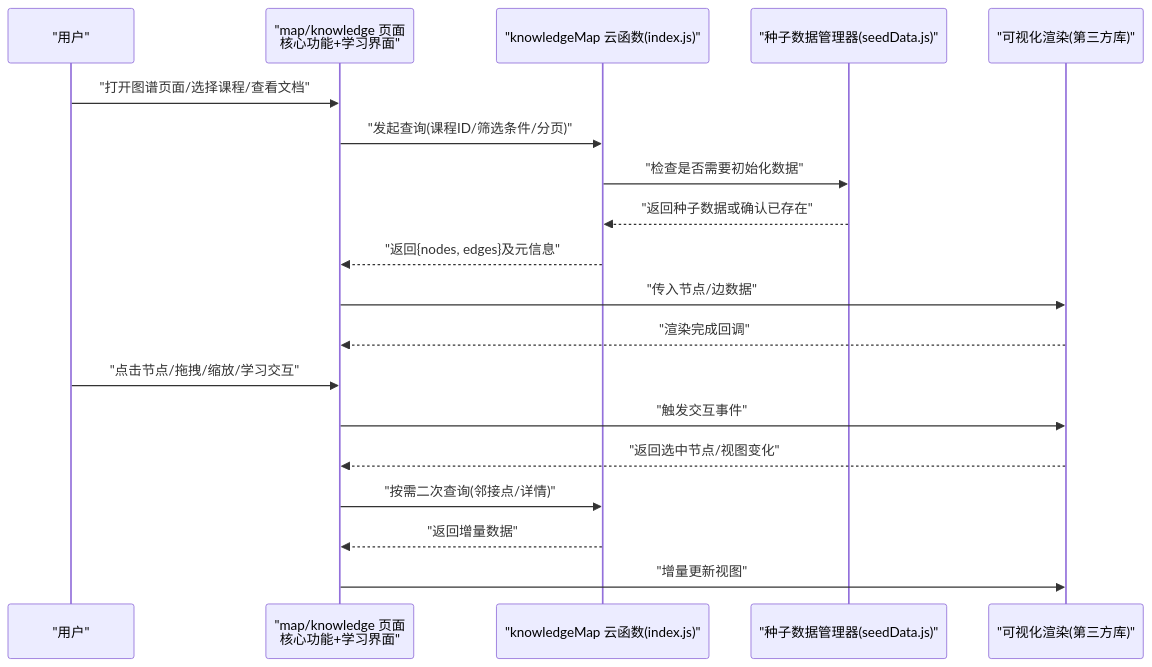
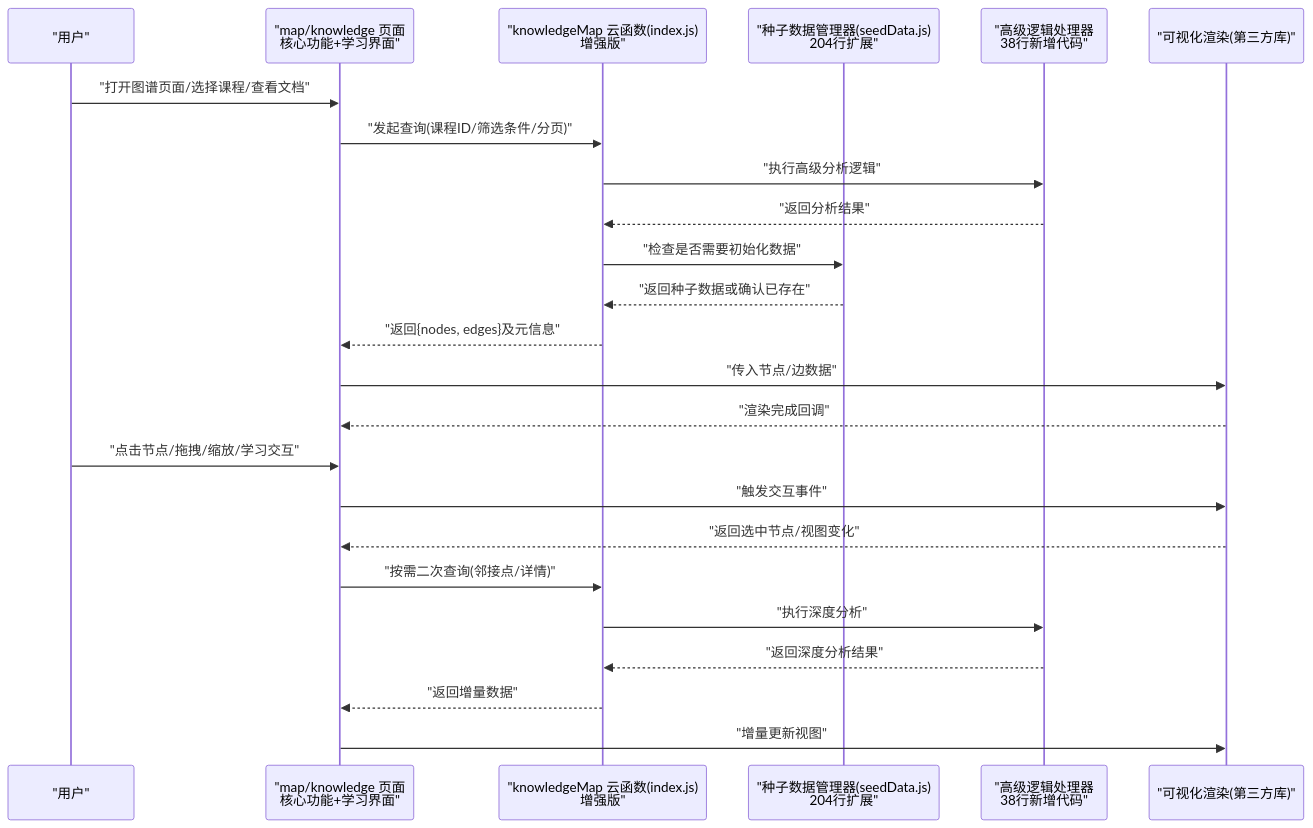
One commit to cwb7756/bio changed the second of 5 diagrams in .qoder/repowiki/zh/content/核心功能模块/知识图谱系统/知识图谱系统.md. Above: the diagram before and after it, drawn with Mermaid. The commit also changed other lines of this file and 19 other files, not shown here.

````diff
--- a/.qoder/repowiki/zh/content/核心功能模块/知识图谱系统/知识图谱系统.md
+++ b/.qoder/repowiki/zh/content/核心功能模块/知识图谱系统/知识图谱系统.md
@@ -119,21 +111,26 @@
 ```mermaid
 sequenceDiagram
 participant U as "用户"
 participant P as "map/knowledge 页面<br/>核心功能+学习界面"
-participant CF as "knowledgeMap 云函数(index.js)"
-participant SD as "种子数据管理器(seedData.js)"
+participant CF as "knowledgeMap 云函数(index.js)<br/>增强版"
+participant SD as "种子数据管理器(seedData.js)<br/>204行扩展"
+participant AL as "高级逻辑处理器<br/>38行新增代码"
 participant V as "可视化渲染(第三方库)"
 U->>P : "打开图谱页面/选择课程/查看文档"
 P->>CF : "发起查询(课程ID/筛选条件/分页)"
+CF->>AL : "执行高级分析逻辑"
+AL-->>CF : "返回分析结果"
 CF->>SD : "检查是否需要初始化数据"
 SD-->>CF : "返回种子数据或确认已存在"
 CF-->>P : "返回{nodes, edges}及元信息"
 P->>V : "传入节点/边数据"
 V-->>P : "渲染完成回调"
 U->>P : "点击节点/拖拽/缩放/学习交互"
 P->>V : "触发交互事件"
 V-->>P : "返回选中节点/视图变化"
 P->>CF : "按需二次查询(邻接点/详情)"
+CF->>AL : "执行深度分析"
+AL-->>CF : "返回深度分析结果"
 CF-->>P : "返回增量数据"
 P->>V : "增量更新视图"
 ```
````
